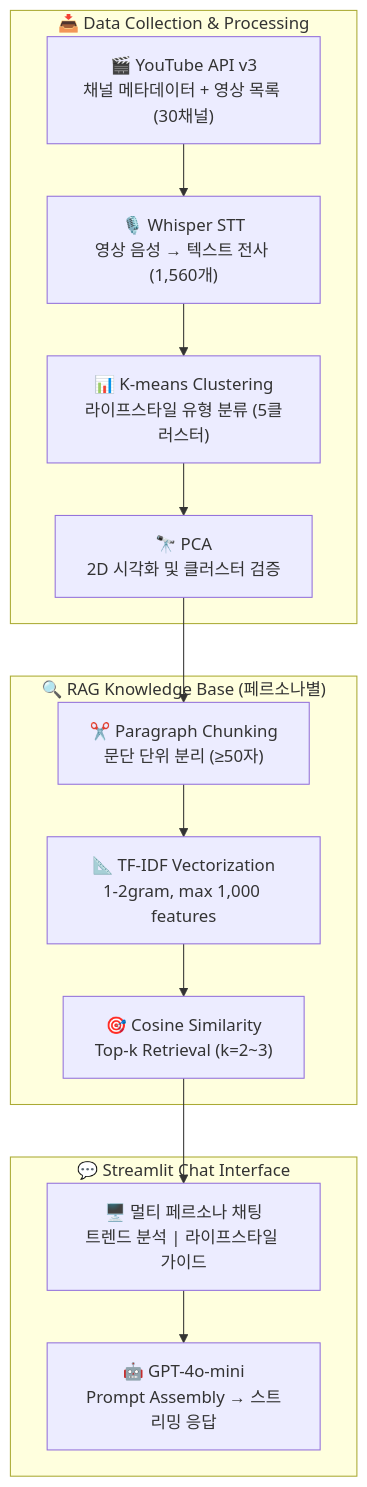
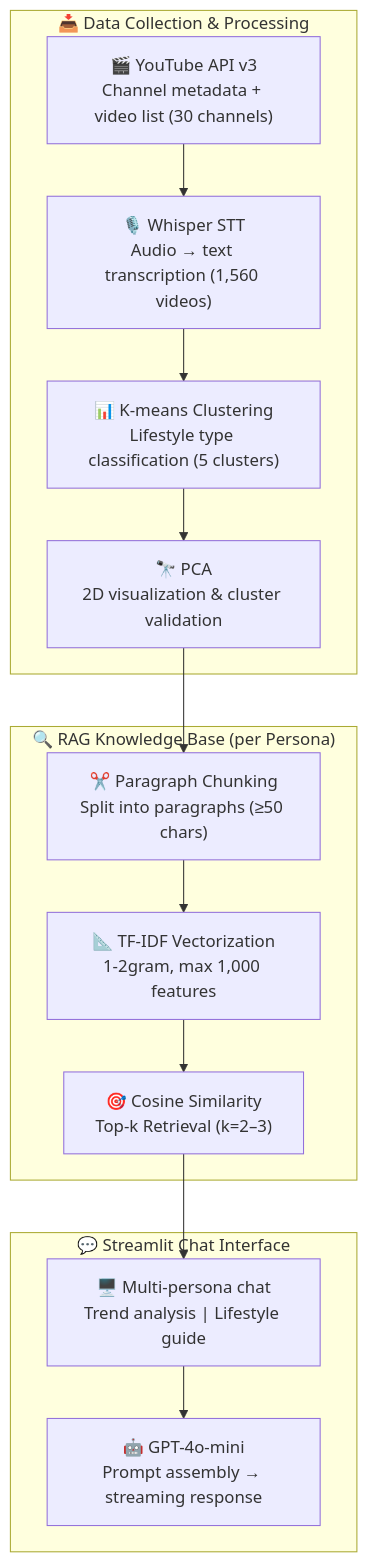
Before and after one commit to pynoodle/vlog-rag-persona-platform: the diagram in README.md, drawn with Mermaid. The commit also changed other lines of this file, not shown here.

````diff
--- a/README.md
+++ b/README.md
@@ -38,24 +37,24 @@
 ```mermaid
 flowchart TD
     subgraph COLLECT["📥 Data Collection & Processing"]
-        YT["🎬 YouTube API v3\n채널 메타데이터 + 영상 목록 (30채널)"]
-        STT["🎙️ Whisper STT\n영상 음성 → 텍스트 전사 (1,560개)"]
-        KM["📊 K-means Clustering\n라이프스타일 유형 분류 (5클러스터)"]
-        PCA["🔭 PCA\n2D 시각화 및 클러스터 검증"]
+        YT["🎬 YouTube API v3\nChannel metadata + video list (30 channels)"]
+        STT["🎙️ Whisper STT\nAudio → text transcription (1,560 videos)"]
+        KM["📊 K-means Clustering\nLifestyle type classification (5 clusters)"]
+        PCA["🔭 PCA\n2D visualization & cluster validation"]
     end
 
-    subgraph RAG["🔍 RAG Knowledge Base (페르소나별)"]
-        CHUNK["✂️ Paragraph Chunking\n문단 단위 분리 (≥50자)"]
+    subgraph RAG["🔍 RAG Knowledge Base (per Persona)"]
+        CHUNK["✂️ Paragraph Chunking\nSplit into paragraphs (≥50 chars)"]
         TFIDF["📐 TF-IDF Vectorization\n1-2gram, max 1,000 features"]
-        COSINE["🎯 Cosine Similarity\nTop-k Retrieval (k=2~3)"]
+        COSINE["🎯 Cosine Similarity\nTop-k Retrieval (k=2–3)"]
     end
 
     subgraph CHAT["💬 Streamlit Chat Interface"]
-        UI["🖥️ 멀티 페르소나 채팅\n트렌드 분석 | 라이프스타일 가이드"]
-        LLM["🤖 GPT-4o-mini\nPrompt Assembly → 스트리밍 응답"]
+        UI["🖥️ Multi-persona chat\nTrend analysis | Lifestyle guide"]
+        LLM["🤖 GPT-4o-mini\nPrompt assembly → streaming response"]
     end
 
     YT --> STT --> KM --> PCA
     PCA --> CHUNK --> TFIDF --> COSINE
     COSINE --> UI --> LLM
 ```
````
